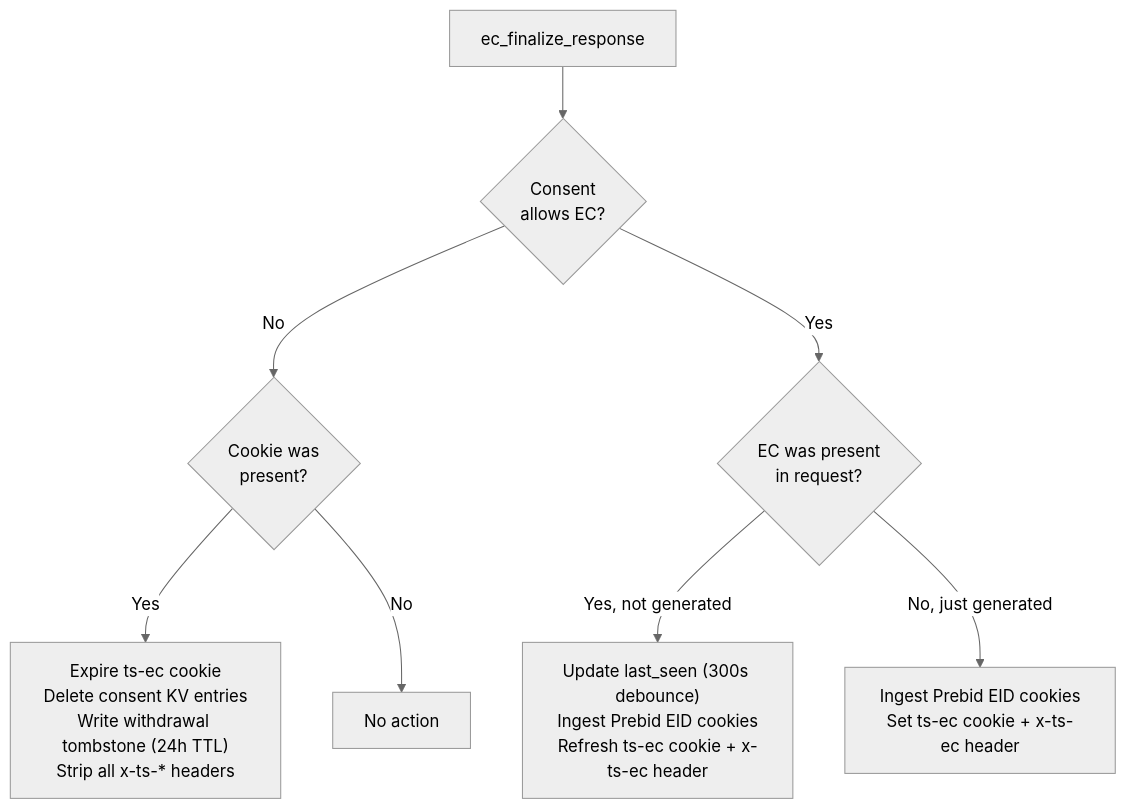
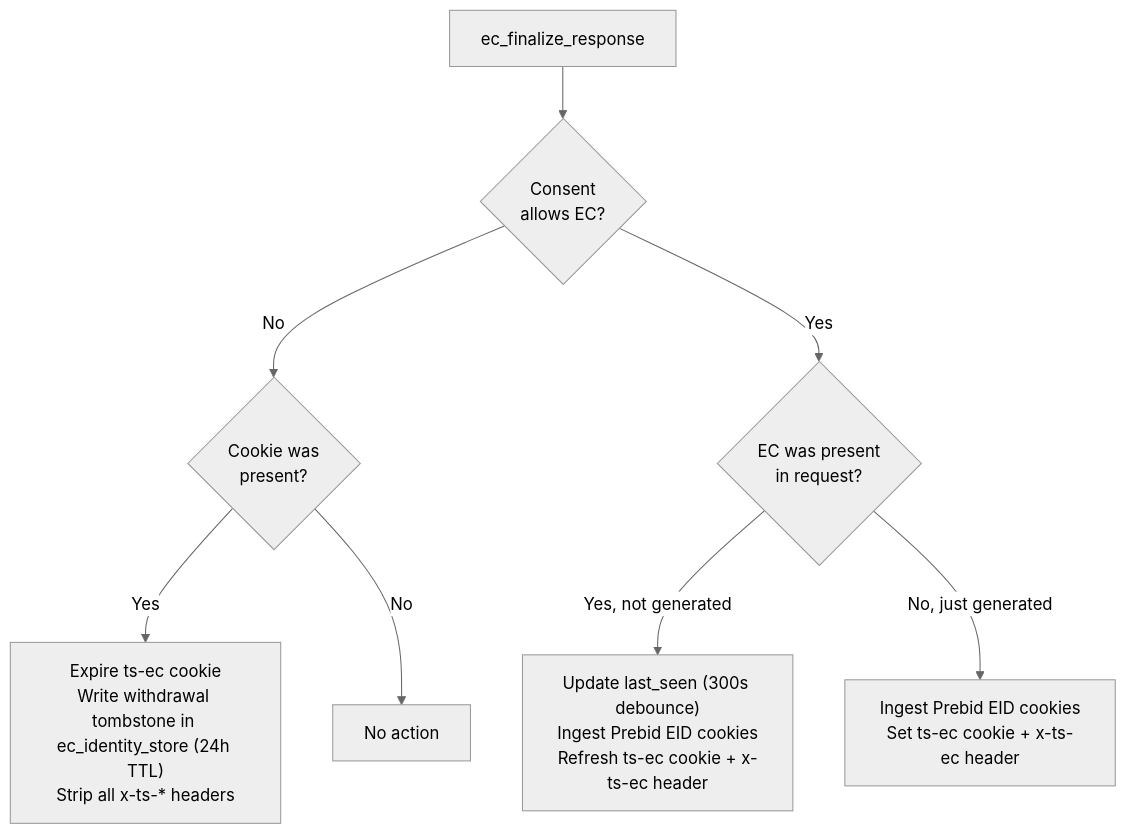
One commit to IABTechLab/trusted-server changed the second of 5 diagrams in docs/guide/edge-cookies.md. Above: the diagram before and after it, drawn with Mermaid (neutral theme). The commit also changed other lines of this file and 15 other files, not shown here.

Commit message:
Remove legacy consent store persistence

````diff
--- a/docs/guide/edge-cookies.md
+++ b/docs/guide/edge-cookies.md
@@ -56,12 +56,12 @@
 ```mermaid
 flowchart TD
     Start[ec_finalize_response] --> ConsentCheck{Consent<br/>allows EC?}
 
     ConsentCheck -- "No" --> CookiePresent{Cookie was<br/>present?}
-    CookiePresent -- "Yes" --> Withdraw["Expire ts-ec cookie<br/>Delete consent KV entries<br/>Write withdrawal tombstone (24h TTL)<br/>Strip all x-ts-* headers"]
+    CookiePresent -- "Yes" --> Withdraw["Expire ts-ec cookie<br/>Write withdrawal tombstone in ec_identity_store (24h TTL)<br/>Strip all x-ts-* headers"]
     CookiePresent -- "No" --> NoOp[No action]
 
     ConsentCheck -- "Yes" --> WasPresent{EC was present<br/>in request?}
     WasPresent -- "Yes, not generated" --> Returning["Update last_seen (300s debounce)<br/>Ingest Prebid EID cookies<br/>Refresh ts-ec cookie + x-ts-ec header"]
     WasPresent -- "No, just generated" --> NewEc["Ingest Prebid EID cookies<br/>Set ts-ec cookie + x-ts-ec header"]
 ```
````
